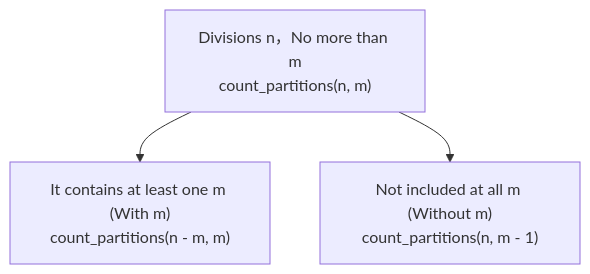
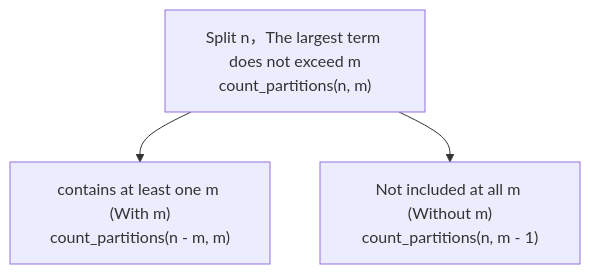
The second of 2 diagrams in src/content/translations/en/notes/cs61a/lecture-10.md (easonlines2007/easonlin-blog), drawn with Mermaid before and after one commit. The commit also changed other lines of this file and 158 other files, not shown here.

````diff
--- a/src/content/translations/en/notes/cs61a/lecture-10.md
+++ b/src/content/translations/en/notes/cs61a/lecture-10.md
@@ -292,5 +653,5 @@
 ```mermaid
 graph TD
-    Total["Divisions n，No more than m<br/>count_partitions(n, m)"] --> WithM["It contains at least one m (With m)<br/>count_partitions(n - m, m)"]
+    Total["Split n，The largest term does not exceed m<br/>count_partitions(n, m)"] --> WithM["contains at least one m (With m)<br/>count_partitions(n - m, m)"]
     Total --> WithoutM["Not included at all m (Without m)<br/>count_partitions(n, m - 1)"]
 ```
````
